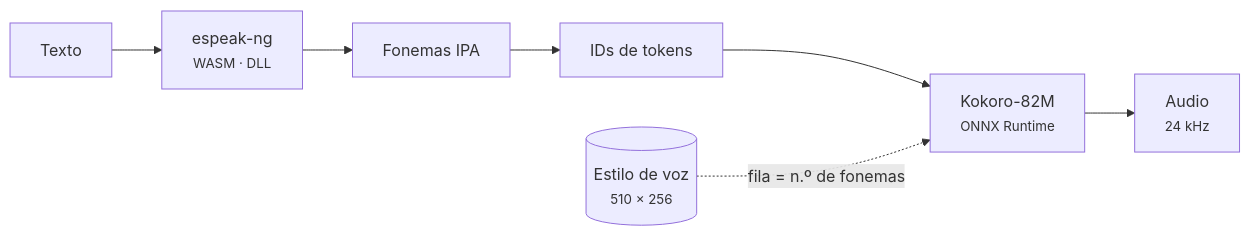
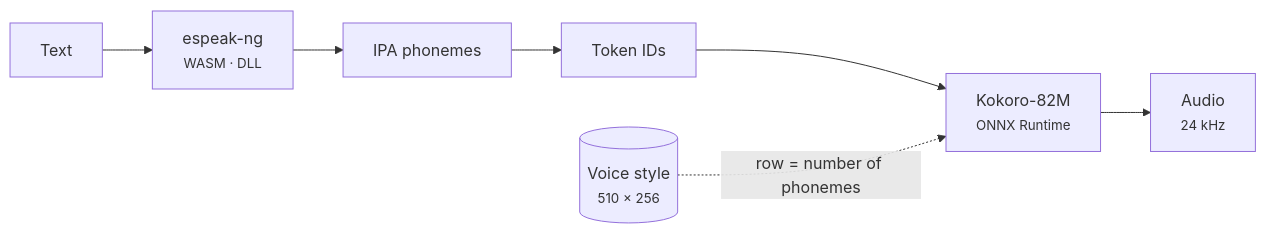
Before and after one commit to DanielP41/PopSay---Phonetics-in-speech-bubbles: the diagram in README.md, drawn with Mermaid. The commit also changed other lines of this file and 35 other files, not shown here.

Commit message:
IPA que coincide con la voz, licencia MIT, CI con tests y linter, README en inglés (1.6.0)

````diff
--- a/README.md
+++ b/README.md
@@ -98,9 +104,9 @@
 ```mermaid
 flowchart LR
-    T["Texto"] --> E["espeak-ng<br/><small>WASM · DLL</small>"]
-    E --> P["Fonemas IPA"]
-    P --> I["IDs de tokens"]
+    T["Text"] --> E["espeak-ng<br/><small>WASM · DLL</small>"]
+    E --> P["IPA phonemes"]
+    P --> I["Token IDs"]
     I --> K["Kokoro-82M<br/><small>ONNX Runtime</small>"]
-    V[("Estilo de voz<br/><small>510 × 256</small>")] -. "fila = n.º de fonemas" .-> K
+    V[("Voice style<br/><small>510 × 256</small>")] -. "row = number of phonemes" .-> K
     K --> A["Audio<br/><small>24 kHz</small>"]
 ```
````
